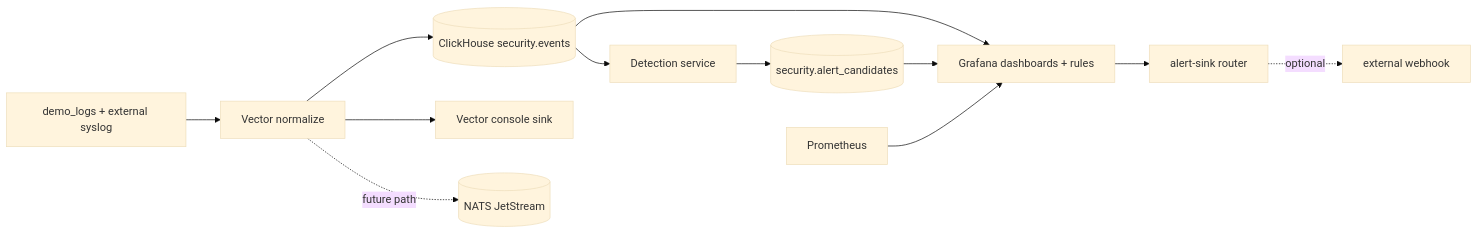
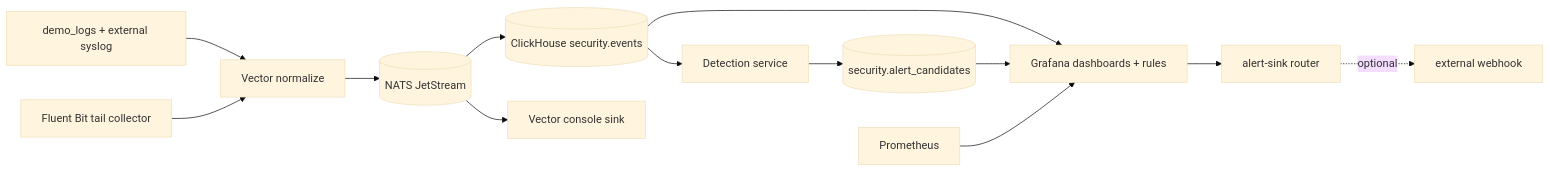
The diagram in docs/architecture.md (krazybean/Hayabusa), drawn with Mermaid (base theme) before and after one commit. The commit also changed other lines of this file and 14 other files, not shown here.

Commit message:
feat: activate JetStream path and add Fluent Bit host collector baseline

````diff
--- a/docs/architecture.md
+++ b/docs/architecture.md
@@ -11,18 +11,19 @@
 ```mermaid
 flowchart LR
   Collect[demo_logs + external syslog] --> Normalize[Vector normalize]
-  Normalize --> Store[(ClickHouse security.events)]
-  Normalize --> Debug[Vector console sink]
+  FluentBit[Fluent Bit tail collector] --> Normalize
+  Normalize --> Buffer[(NATS JetStream)]
+  Buffer --> Store[(ClickHouse security.events)]
+  Buffer --> Debug[Vector console sink]
 
   Store --> Detect[Detection service]
   Detect --> Candidates[(security.alert_candidates)]
 
   Store --> Grafana[Grafana dashboards + rules]
   Candidates --> Grafana
   Prom[Prometheus] --> Grafana
 
   Grafana --> Router[alert-sink router]
   Router -. optional .-> External[external webhook]
 
-  Normalize -. future path .-> Buffer[(NATS JetStream)]
 ```
````
